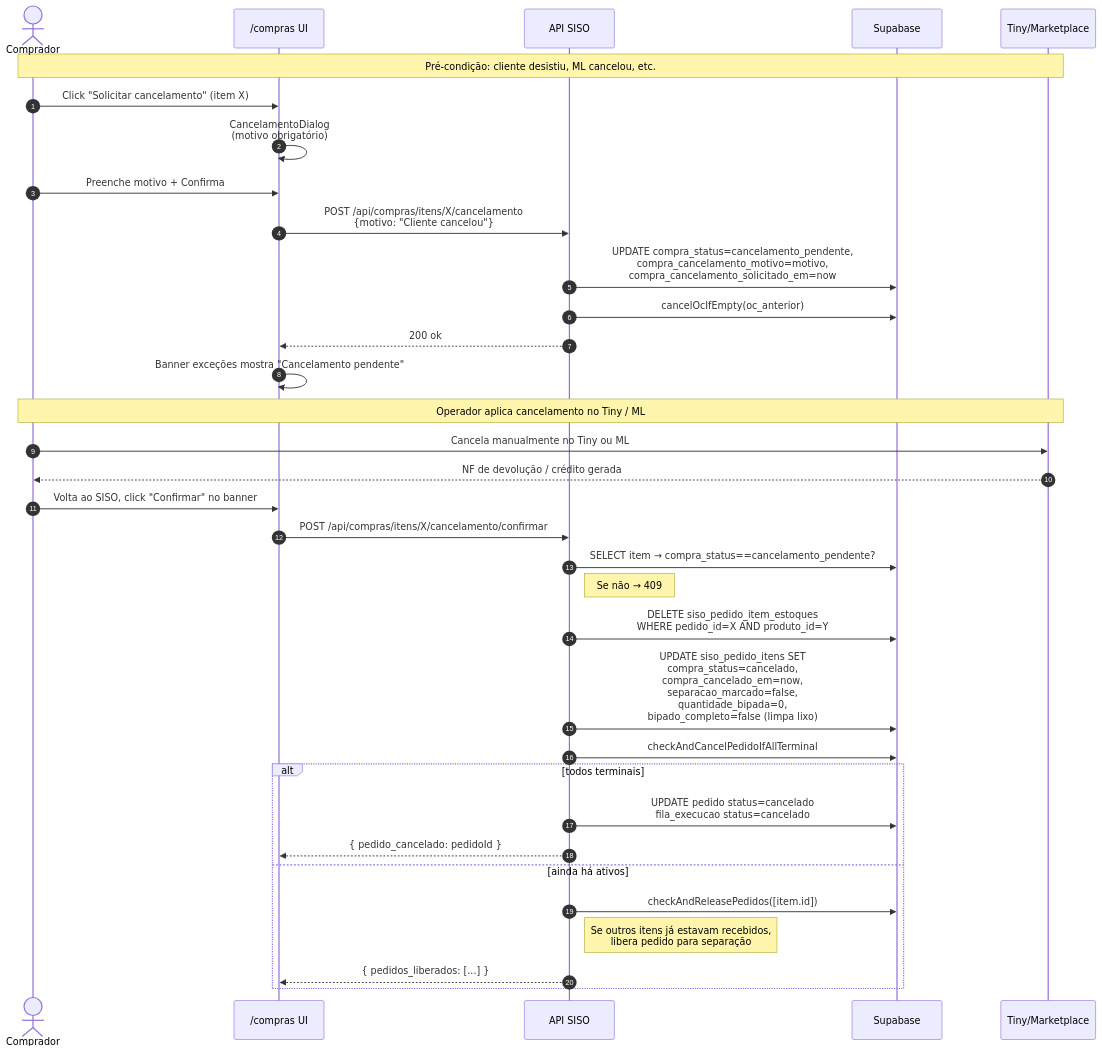
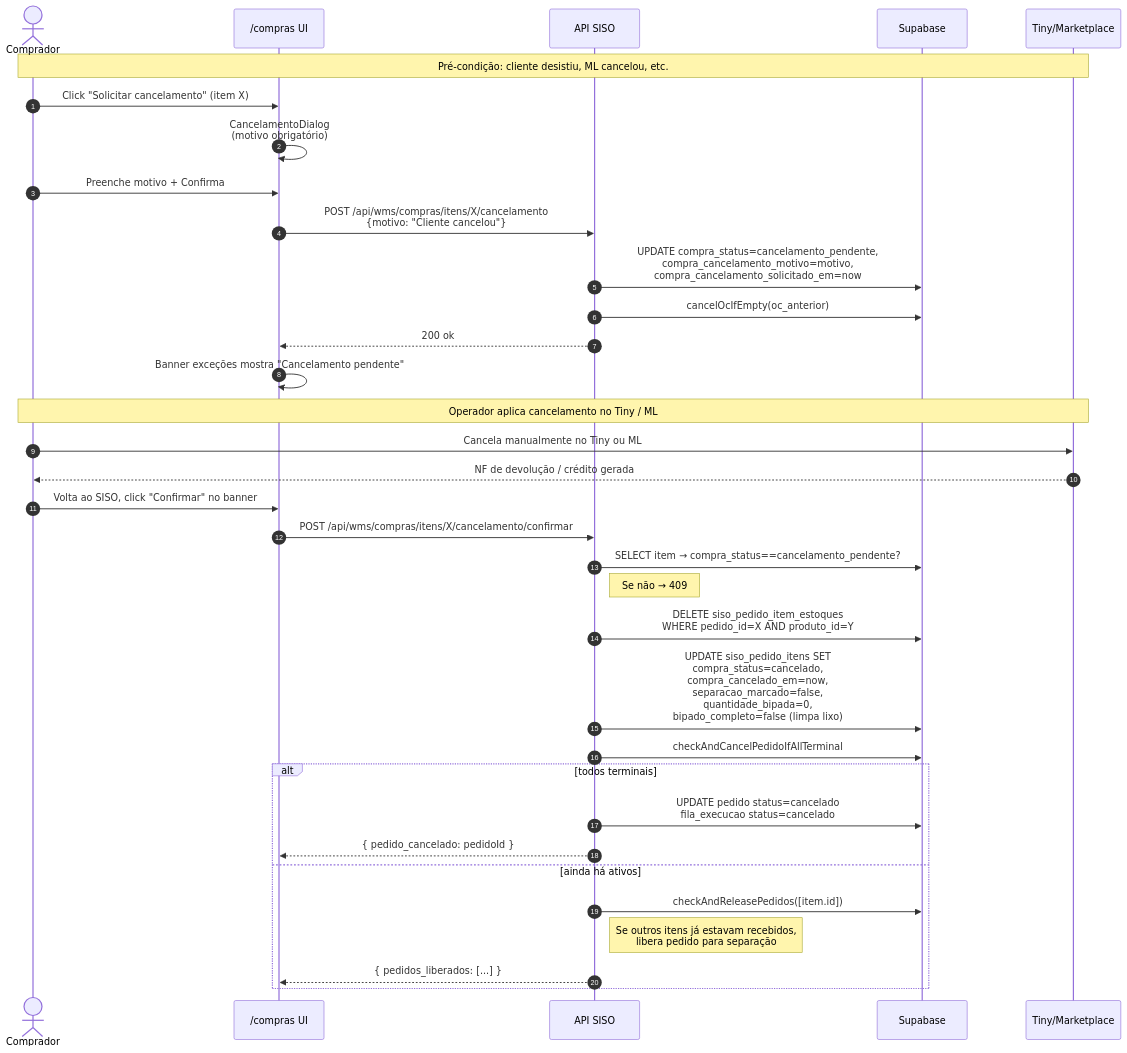
One commit to Eryk-dev/estoquelever changed the seventh of 8 diagrams in docs/fluxos/07-compras-v2.md. Above: the diagram before and after it, drawn with Mermaid. The commit also changed other lines of this file and 20 other files, not shown here.

````diff
--- a/docs/fluxos/07-compras-v2.md
+++ b/docs/fluxos/07-compras-v2.md
@@ -1785,39 +1785,39 @@
 ```mermaid
 sequenceDiagram
     autonumber
     actor C as Comprador
     participant UI as /compras UI
     participant API as API SISO
     participant DB as Supabase
     participant Ext as Tiny/Marketplace
 
     Note over C,Ext: Pré-condição: cliente desistiu, ML cancelou, etc.
     C->>UI: Click "Solicitar cancelamento" (item X)
     UI->>UI: CancelamentoDialog<br/>(motivo obrigatório)
     C->>UI: Preenche motivo + Confirma
-    UI->>API: POST /api/compras/itens/X/cancelamento<br/>{motivo: "Cliente cancelou"}
+    UI->>API: POST /api/wms/compras/itens/X/cancelamento<br/>{motivo: "Cliente cancelou"}
     API->>DB: UPDATE compra_status=cancelamento_pendente,<br/>compra_cancelamento_motivo=motivo,<br/>compra_cancelamento_solicitado_em=now
     API->>DB: cancelOcIfEmpty(oc_anterior)
     API-->>UI: 200 ok
     UI->>UI: Banner exceções mostra "Cancelamento pendente"
 
     Note over C,Ext: Operador aplica cancelamento no Tiny / ML
     C->>Ext: Cancela manualmente no Tiny ou ML
     Ext-->>C: NF de devolução / crédito gerada
 
     C->>UI: Volta ao SISO, click "Confirmar" no banner
-    UI->>API: POST /api/compras/itens/X/cancelamento/confirmar
+    UI->>API: POST /api/wms/compras/itens/X/cancelamento/confirmar
     API->>DB: SELECT item → compra_status==cancelamento_pendente?
     Note right of API: Se não → 409
     API->>DB: DELETE siso_pedido_item_estoques<br/>WHERE pedido_id=X AND produto_id=Y
     API->>DB: UPDATE siso_pedido_itens SET<br/>compra_status=cancelado,<br/>compra_cancelado_em=now,<br/>separacao_marcado=false,<br/>quantidade_bipada=0,<br/>bipado_completo=false (limpa lixo)
     API->>DB: checkAndCancelPedidoIfAllTerminal
     alt todos terminais
         API->>DB: UPDATE pedido status=cancelado<br/>fila_execucao status=cancelado
         API-->>UI: { pedido_cancelado: pedidoId }
     else ainda há ativos
         API->>DB: checkAndReleasePedidos([item.id])
         Note right of API: Se outros itens já estavam recebidos,<br/>libera pedido para separação
         API-->>UI: { pedidos_liberados: [...] }
     end
 ```
````
